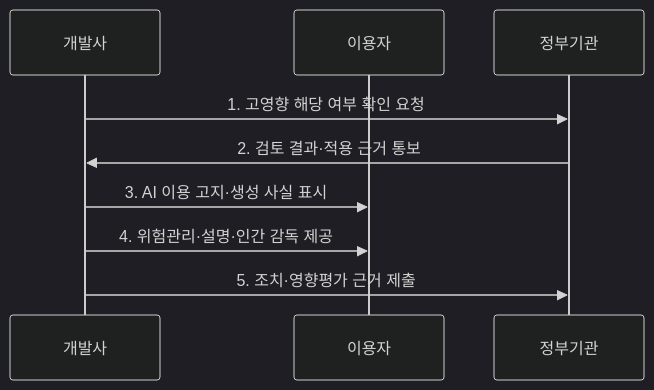
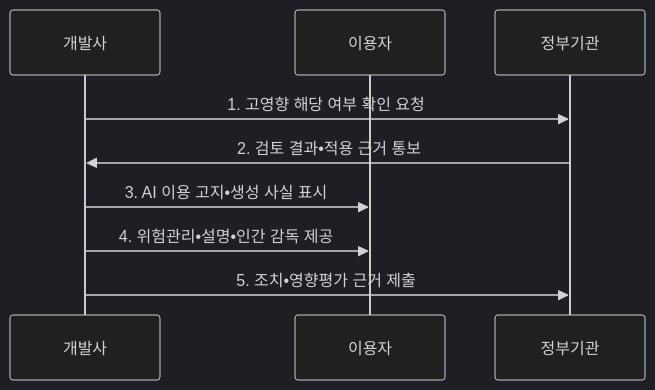
One commit to agnusdei1207/knowledge-base changed the second of 2 diagrams in src/content/docs/notes/07-law-policy/028_ai_basic_act.md. Above: the diagram before and after it, drawn with Mermaid (dark theme). The commit also changed other lines of this file and 953 other files, not shown here.

````diff
--- a/src/content/docs/notes/07-law-policy/028_ai_basic_act.md
+++ b/src/content/docs/notes/07-law-policy/028_ai_basic_act.md
@@ -104,11 +104,11 @@
 ```mermaid
 sequenceDiagram
     participant 개발사
     participant 이용자
     participant 정부기관
     개발사->>정부기관: 1. 고영향 해당 여부 확인 요청
-    정부기관->>개발사: 2. 검토 결과·적용 근거 통보
-    개발사->>이용자: 3. AI 이용 고지·생성 사실 표시
-    개발사->>이용자: 4. 위험관리·설명·인간 감독 제공
-    개발사->>정부기관: 5. 조치·영향평가 근거 제출
+    정부기관->>개발사: 2. 검토 결과•적용 근거 통보
+    개발사->>이용자: 3. AI 이용 고지•생성 사실 표시
+    개발사->>이용자: 4. 위험관리•설명•인간 감독 제공
+    개발사->>정부기관: 5. 조치•영향평가 근거 제출
 ```
````
